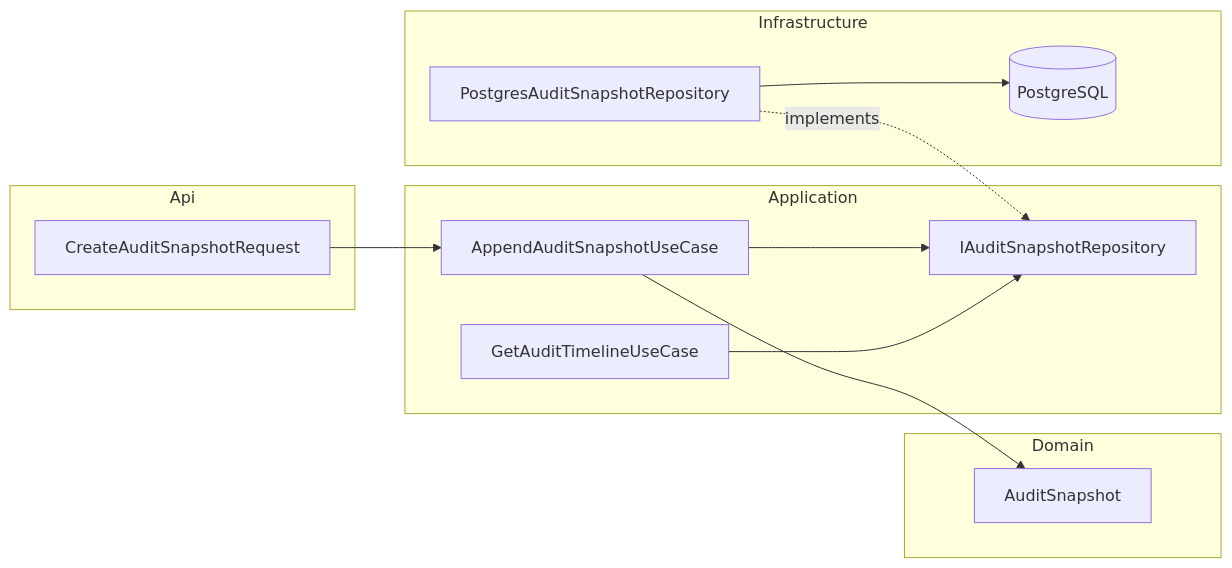
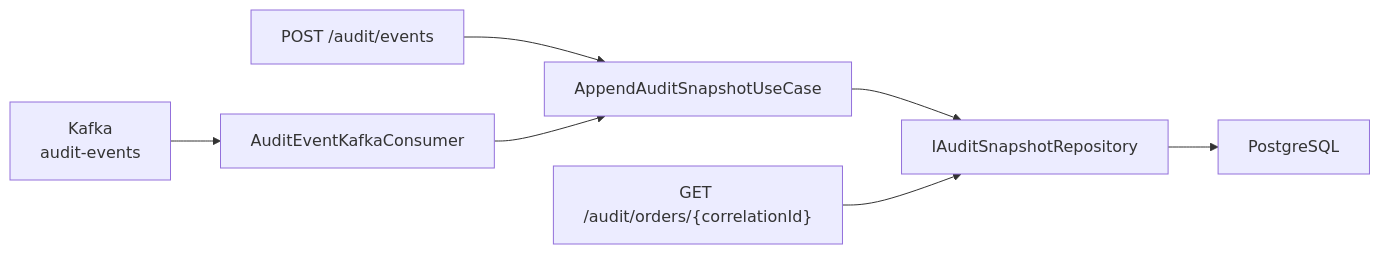
One commit to Abdelwadoud-Mabrouk/vse-microservice-online-shop changed the fifth of 8 diagrams in docs/dotnet-services-diagrams.md. Above: the diagram before and after it, drawn with Mermaid. The commit also changed other lines of this file and 123 other files, not shown here.

Commit message:
Improve dotnet services architecture and docs

````diff
--- a/docs/dotnet-services-diagrams.md
+++ b/docs/dotnet-services-diagrams.md
@@ -158,28 +116,17 @@
 ```mermaid
 flowchart LR
-    subgraph API["Api"]
-        AuditRequest["CreateAuditSnapshotRequest"]
-    end
+    Rest["POST /audit/events"]
+    Kafka["Kafka\naudit-events"]
+    Consumer["AuditEventKafkaConsumer"]
+    UseCase["AppendAuditSnapshotUseCase"]
+    Repo["IAuditSnapshotRepository"]
+    Db["PostgreSQL"]
+    Query["GET /audit/orders/{correlationId}"]
 
-    subgraph APP["Application"]
-        Append["AppendAuditSnapshotUseCase"]
-        Timeline["GetAuditTimelineUseCase"]
-        RepoPort["IAuditSnapshotRepository"]
-    end
-
-    subgraph DOMAIN["Domain"]
-        Snapshot["AuditSnapshot"]
-    end
-
-    subgraph INFRA["Infrastructure"]
-        PostgresRepo["PostgresAuditSnapshotRepository"]
-        Postgres[("PostgreSQL")]
-    end
-
-    AuditRequest --> Append
-    Append --> Snapshot
-    Append --> RepoPort
-    Timeline --> RepoPort
-    PostgresRepo -.implements.-> RepoPort
-    PostgresRepo --> Postgres
+    Rest --> UseCase
+    Kafka --> Consumer
+    Consumer --> UseCase
+    UseCase --> Repo
+    Repo --> Db
+    Query --> Repo
 ```
````
